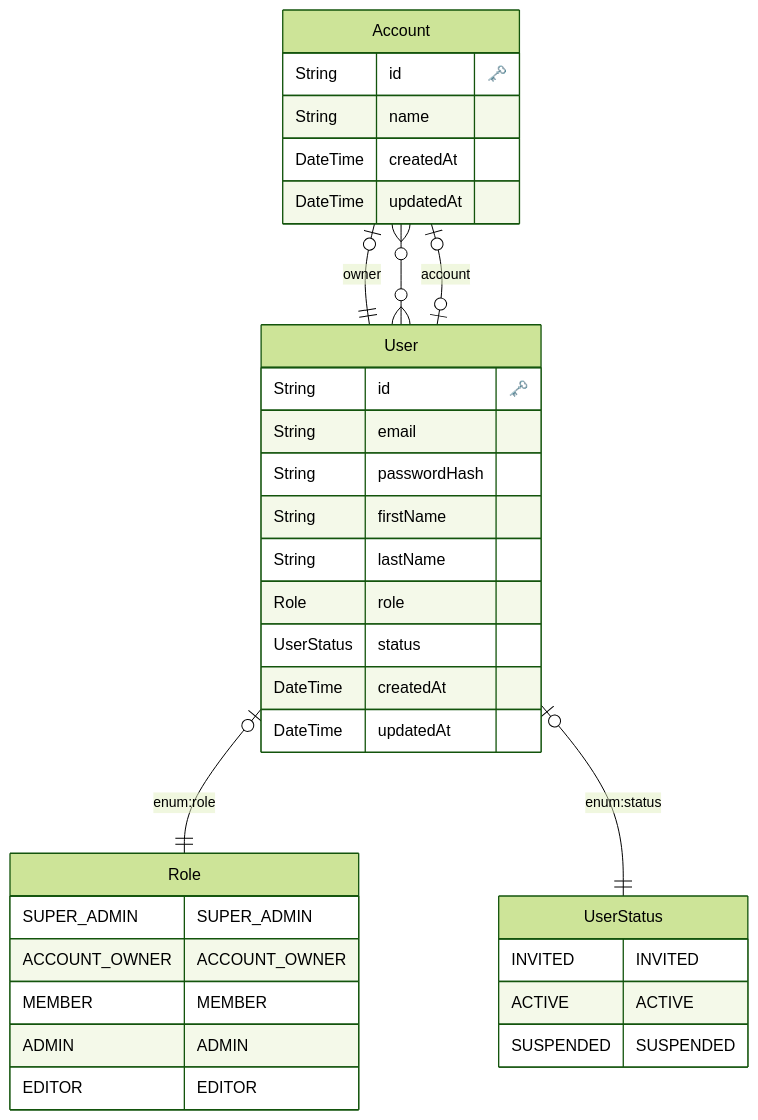
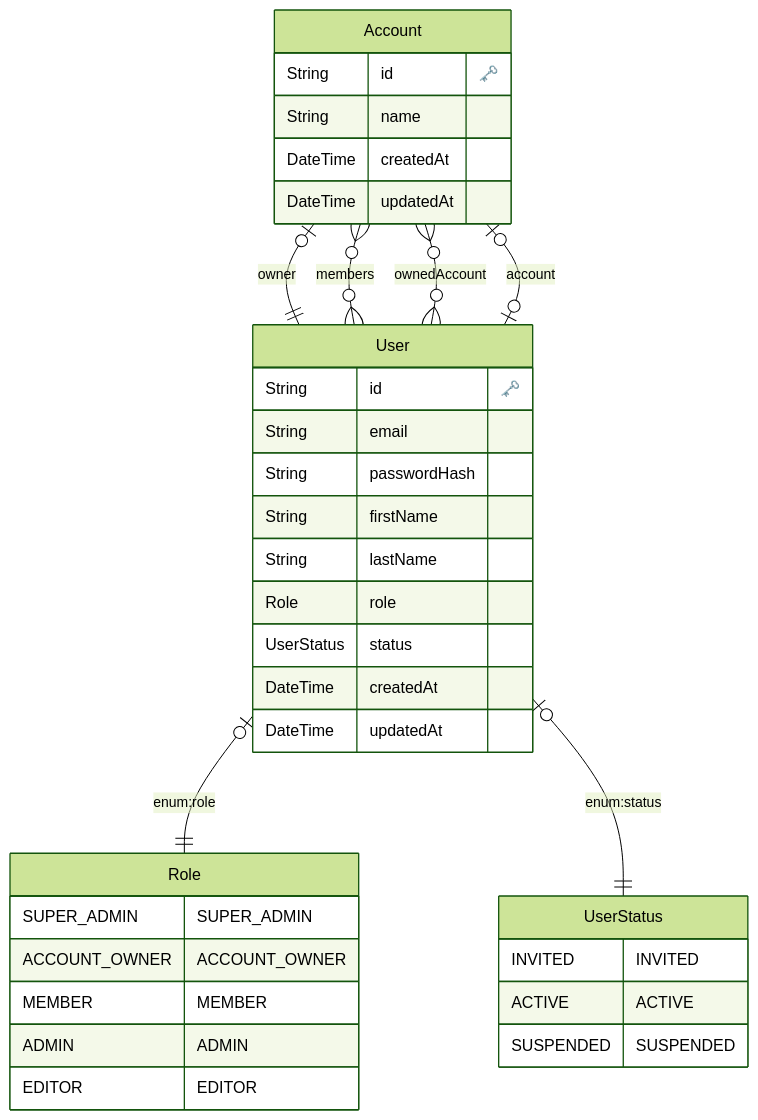
The diagram in prisma/erd/schema.md (uancamilo/asistentelegal), drawn with Mermaid (forest theme) before and after one commit. The commit also changed 20 other files, not shown here.

````diff
--- a/prisma/erd/schema.md
+++ b/prisma/erd/schema.md
@@ -1,45 +1,46 @@
 ```mermaid
 erDiagram
 
         Role {
             SUPER_ADMIN SUPER_ADMIN
 ACCOUNT_OWNER ACCOUNT_OWNER
 MEMBER MEMBER
 ADMIN ADMIN
 EDITOR EDITOR
         }
     
 
 
         UserStatus {
             INVITED INVITED
 ACTIVE ACTIVE
 SUSPENDED SUSPENDED
         }
     
   "Account" {
     String id "🗝️"
     String name 
     DateTime createdAt 
     DateTime updatedAt 
     }
   
 
   "User" {
     String id "🗝️"
     String email 
     String passwordHash 
     String firstName 
     String lastName 
     Role role 
     UserStatus status 
     DateTime createdAt 
     DateTime updatedAt 
     }
   
     "Account" o|--|| "User" : "owner"
-    "Account" o{--}o "User" : ""
+    "Account" o{--}o "User" : "members"
     "User" o|--|| "Role" : "enum:role"
     "User" o|--|| "UserStatus" : "enum:status"
+    "User" o{--}o "Account" : "ownedAccount"
     "User" o|--|o "Account" : "account"
 ```
````
